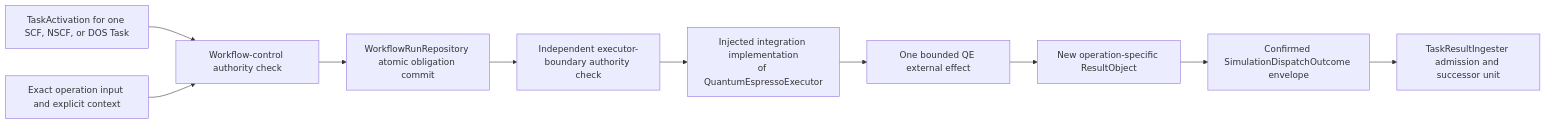
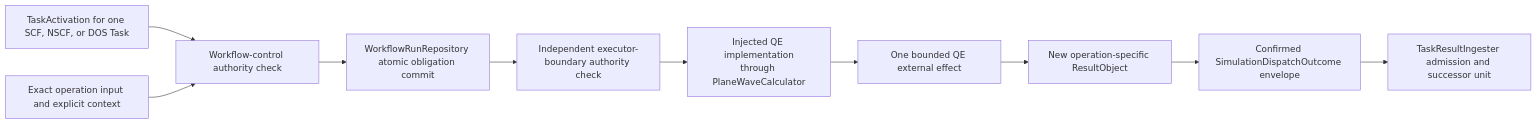
The second of 2 diagrams in docs/architecture/v2/ksdft2effmass/workflows/simulation-task-model.md (eragasa/ksdft2effmass), drawn with Mermaid before and after one commit. The commit also changed other lines of this file and 119 other files, not shown here.

Commit message:
Complete Quantum ESPRESSO integration boundary

````diff
--- a/docs/architecture/v2/ksdft2effmass/workflows/simulation-task-model.md
+++ b/docs/architecture/v2/ksdft2effmass/workflows/simulation-task-model.md
@@ -63,12 +85,12 @@
 ```mermaid
 flowchart LR
     activation["TaskActivation for one SCF, NSCF, or DOS Task"] --> control["Workflow-control authority check"]
     input["Exact operation input and explicit context"] --> control
     control --> commit["WorkflowRunRepository atomic obligation commit"]
     commit --> executor_check["Independent executor-boundary authority check"]
-    executor_check --> executor["Injected integration implementation<br/>of QuantumEspressoExecutor"]
+    executor_check --> executor["Injected QE implementation<br/>through PlaneWaveCalculator"]
     executor --> effect["One bounded QE external effect"]
     effect --> output["New operation-specific ResultObject"]
     output --> outcome["Confirmed SimulationDispatchOutcome envelope"]
     outcome --> ingress["TaskResultIngester admission and successor unit"]
 ```
````
